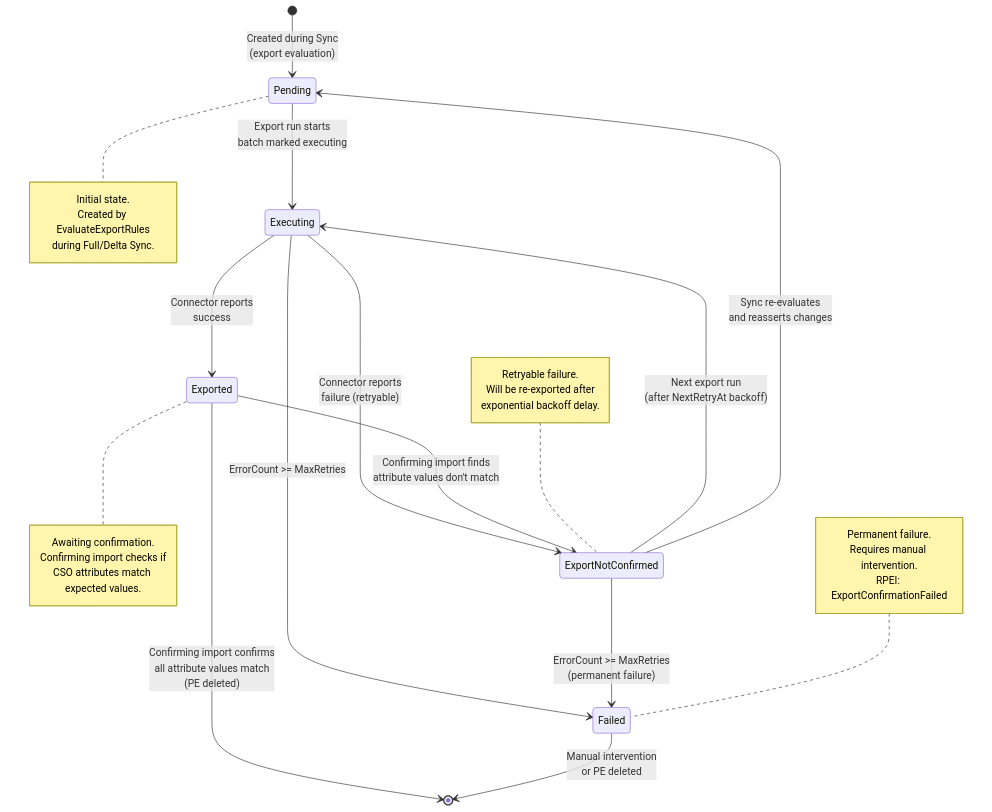
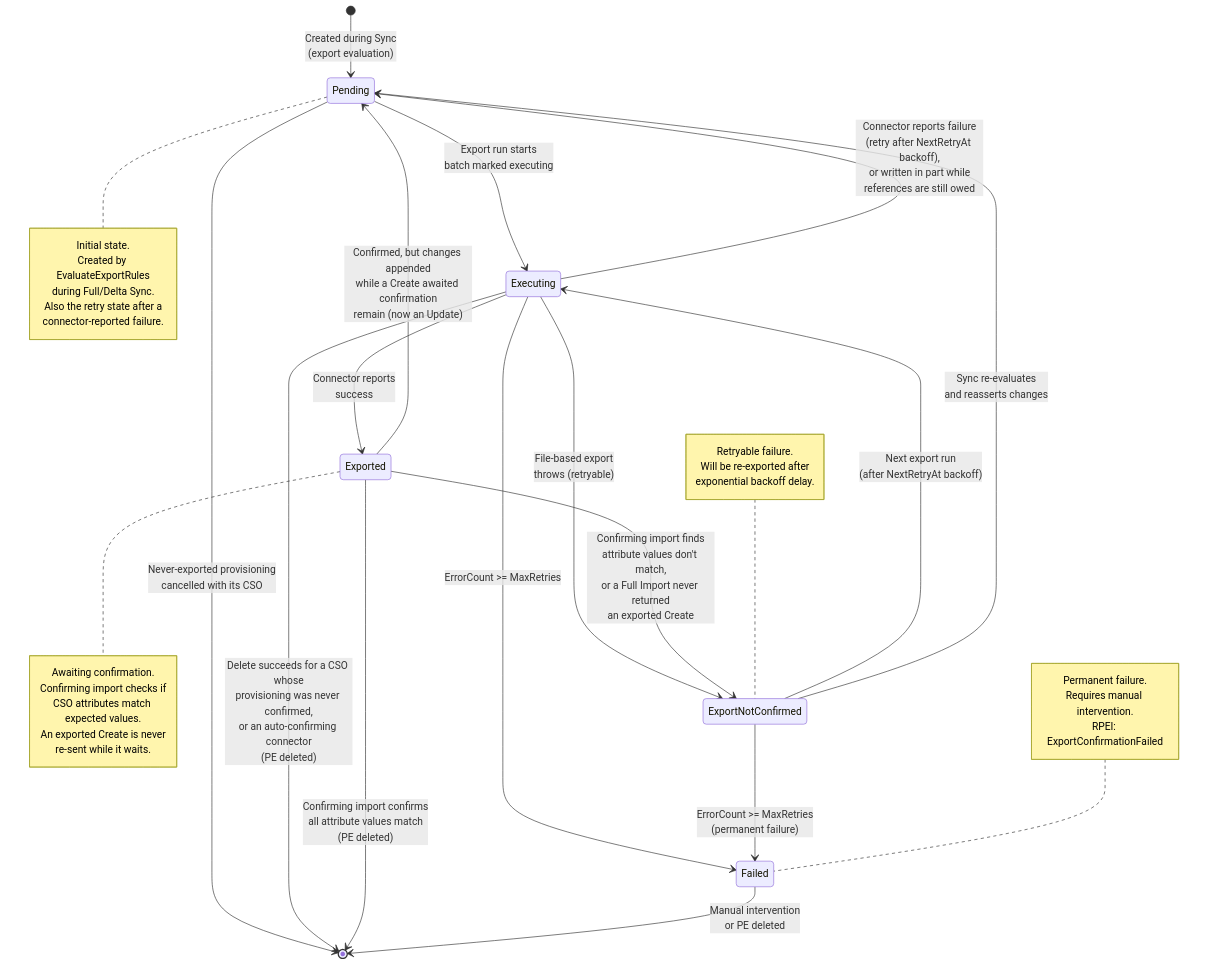
Before and after one commit to TetronIO/JIM: the first of 6 diagrams in docs/developer/diagrams/PENDING_EXPORT_LIFECYCLE.md, drawn with Mermaid. The commit also changed other lines of this file and 49 other files, not shown here.

Commit message:
docs: update documentation, diagrams and changelog for v0.15.0 release

````diff
--- a/docs/developer/diagrams/PENDING_EXPORT_LIFECYCLE.md
+++ b/docs/developer/diagrams/PENDING_EXPORT_LIFECYCLE.md
@@ -9,44 +9,55 @@
 ```mermaid
 stateDiagram-v2
     [*] --> Pending: Created during Sync<br/>(export evaluation)
+
+    Pending --> [*]: Never-exported provisioning<br/>cancelled with its CSO
 
     Pending --> Executing: Export run starts<br/>batch marked executing
 
     Executing --> Exported: Connector reports<br/>success
 
-    Executing --> ExportNotConfirmed: Connector reports<br/>failure (retryable)
+    Executing --> Pending: Connector reports failure<br/>(retry after NextRetryAt backoff),<br/>or written in part while<br/>references are still owed
+    Executing --> ExportNotConfirmed: File-based export<br/>throws (retryable)
     Executing --> Failed: ErrorCount >= MaxRetries
+
+    Executing --> [*]: Delete succeeds for a CSO whose<br/>provisioning was never confirmed,<br/>or an auto-confirming connector<br/>(PE deleted)
 
     Exported --> [*]: Confirming import confirms<br/>all attribute values match<br/>(PE deleted)
 
-    Exported --> ExportNotConfirmed: Confirming import finds<br/>attribute values don't match
+    Exported --> ExportNotConfirmed: Confirming import finds<br/>attribute values don't match,<br/>or a Full Import never returned<br/>an exported Create
+
+    Exported --> Pending: Confirmed, but changes appended<br/>while a Create awaited confirmation<br/>remain (now an Update)
 
     ExportNotConfirmed --> Executing: Next export run<br/>(after NextRetryAt backoff)
 
     ExportNotConfirmed --> Pending: Sync re-evaluates<br/>and reasserts changes
 
     ExportNotConfirmed --> Failed: ErrorCount >= MaxRetries<br/>(permanent failure)
 
     Failed --> [*]: Manual intervention<br/>or PE deleted
 
     note right of Pending
         Initial state.
         Created by EvaluateExportRules
         during Full/Delta Sync.
+        Also the retry state after a
+        connector-reported failure.
     end note
     note right of Exported
         Awaiting confirmation.
         Confirming import checks if
         CSO attributes match expected values.
+        An exported Create is never
+        re-sent while it waits.
     end note
     note left of ExportNotConfirmed
         Retryable failure.
         Will be re-exported after
         exponential backoff delay.
     end note
     note left of Failed
         Permanent failure.
         Requires manual intervention.
         RPEI: ExportConfirmationFailed
     end note
 ```
````
